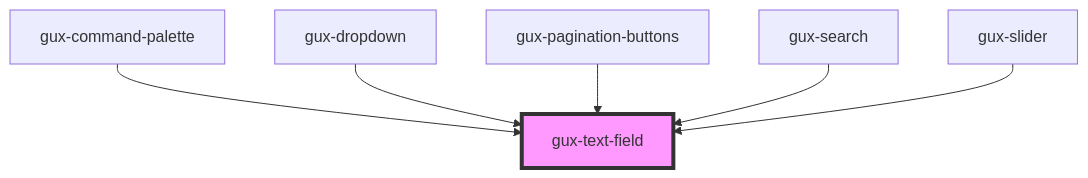
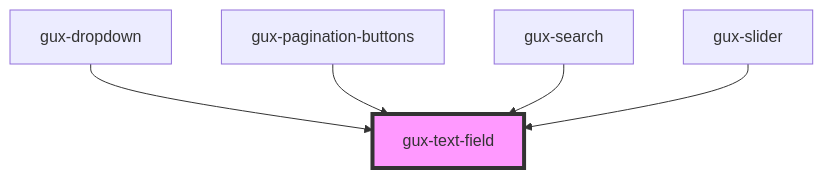
The diagram in src/components/global/gux-text-field/readme.md (MyPureCloud/genesys-spark), drawn with Mermaid before and after one commit. The commit also changed other lines of this file and 3 other files, not shown here.

Commit message:
fix(command palette): use search component

````diff
--- a/src/components/global/gux-text-field/readme.md
+++ b/src/components/global/gux-text-field/readme.md
@@ -75,9 +74,8 @@
 ```mermaid
 graph TD;
-  gux-command-palette --> gux-text-field
   gux-dropdown --> gux-text-field
   gux-pagination-buttons --> gux-text-field
   gux-search --> gux-text-field
   gux-slider --> gux-text-field
   style gux-text-field fill:#f9f,stroke:#333,stroke-width:4px
 ```
````
